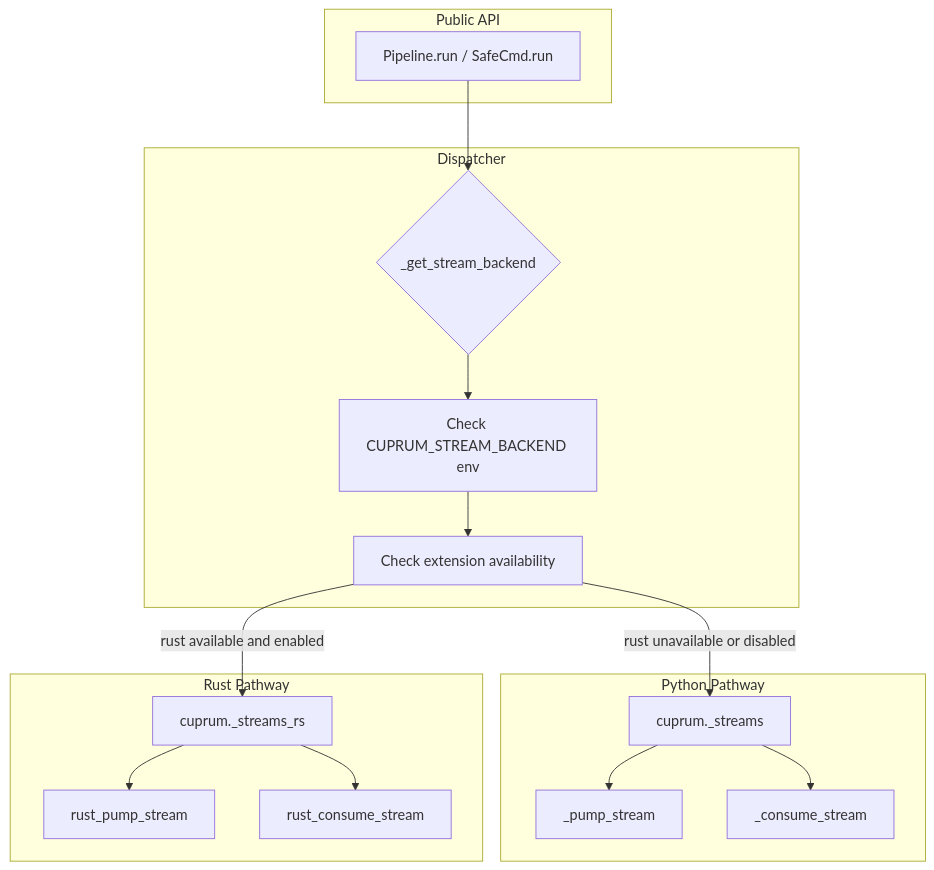
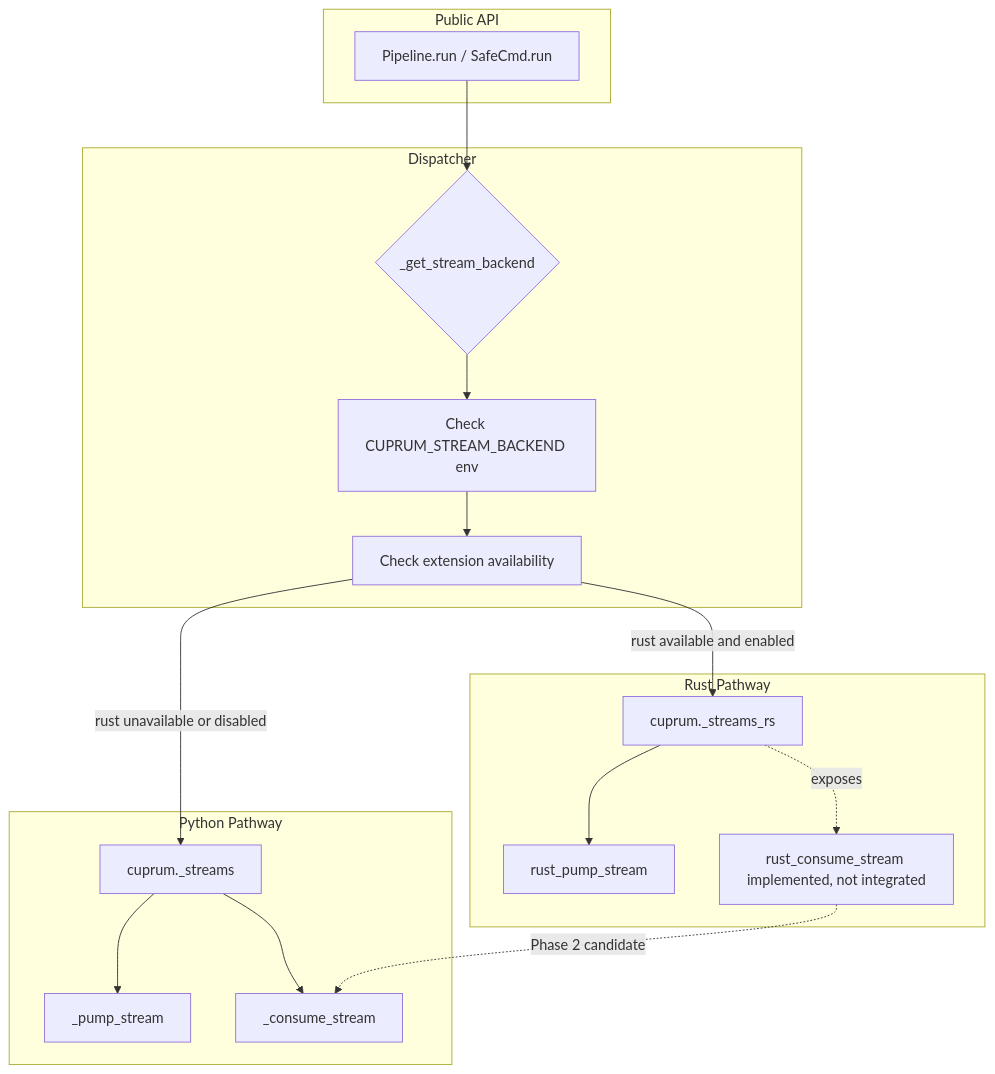
One commit to leynos/cuprum changed the fifth of 8 diagrams in docs/cuprum-design.md. Above: the diagram before and after it, drawn with Mermaid. The commit also changed other lines of this file and 6 other files, not shown here.

First line of the commit message:
Annotate rust_consume_stream as implemented but not integrated (#127) (#164)

````diff
--- a/docs/cuprum-design.md
+++ b/docs/cuprum-design.md
@@ -1520,34 +1520,35 @@
 ```mermaid
 flowchart TD
     subgraph Public API
         A[Pipeline.run / SafeCmd.run]
     end
 
     subgraph Dispatcher
         B{_get_stream_backend}
         C[Check CUPRUM_STREAM_BACKEND env]
         D[Check extension availability]
     end
 
     subgraph Python Pathway
         E[cuprum._streams]
         F[_pump_stream]
         G[_consume_stream]
     end
 
     subgraph Rust Pathway
         H[cuprum._streams_rs]
         I[rust_pump_stream]
-        J[rust_consume_stream]
+        J[rust_consume_stream implemented, not integrated]
     end
 
     A --> B
     B --> C
     C --> D
     D -->|rust unavailable or disabled| E
     D -->|rust available and enabled| H
     E --> F
     E --> G
     H --> I
-    H --> J
+    H -. exposes .-> J
+    J -. Phase 2 candidate .-> G
 ```
````
